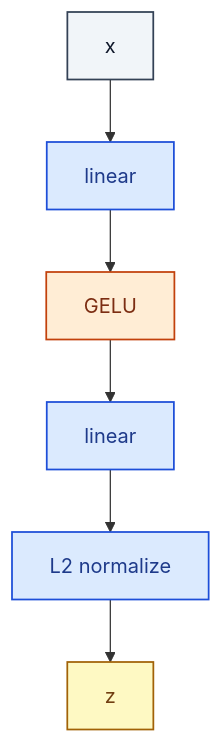
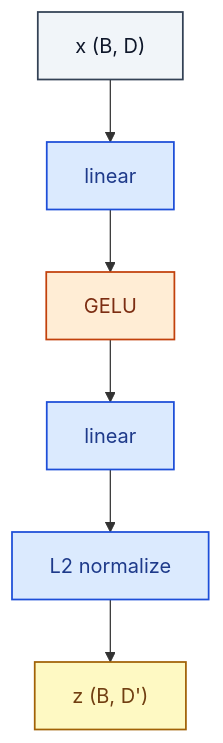
Before and after one commit to RealityShifts/Srivastava-book-of-Blocks-diagrams: the diagram in embedding/ProjectionHead.md, drawn with Mermaid. The commit also changed 123 other files, not shown here.

````diff
--- a/embedding/ProjectionHead.md
+++ b/embedding/ProjectionHead.md
@@ -7,23 +7,24 @@
 ```mermaid
 flowchart TD
-    n0_0["x"]:::io
+    n0_0["x  (B, D)"]:::io
     n1_0["linear"]:::op
     n2_0["GELU"]:::act
     n3_0["linear"]:::op
     n4_0["L2 normalize"]:::op
-    n5_0["z"]:::emb
+    n5_0["z  (B, D')"]:::emb
     n0_0 --> n1_0
     n1_0 --> n2_0
     n2_0 --> n3_0
     n3_0 --> n4_0
     n4_0 --> n5_0
     classDef io fill:#f1f5f9,stroke:#334155,stroke-width:1.4px,color:#0f172a
     classDef op fill:#dbeafe,stroke:#1d4ed8,stroke-width:1.4px,color:#1e3a8a
     classDef norm fill:#dcfce7,stroke:#15803d,stroke-width:1.4px,color:#14532d
     classDef act fill:#ffedd5,stroke:#c2410c,stroke-width:1.4px,color:#7c2d12
     classDef attn fill:#ede9fe,stroke:#6d28d9,stroke-width:1.4px,color:#4c1d95
     classDef merge fill:#fef3c7,stroke:#b45309,stroke-width:1.4px,color:#78350f
     classDef emb fill:#fef9c3,stroke:#a16207,stroke-width:1.4px,color:#713f12
     classDef loss fill:#fee2e2,stroke:#b91c1c,stroke-width:1.4px,color:#7f1d1d
     classDef ctrl fill:#f5f5f4,stroke:#52525b,stroke-width:1.4px,color:#27272a
+    classDef ref fill:#e0f2fe,stroke:#0369a1,stroke-width:2px,color:#0c4a6e,stroke-dasharray: 4 2
 ```
````
